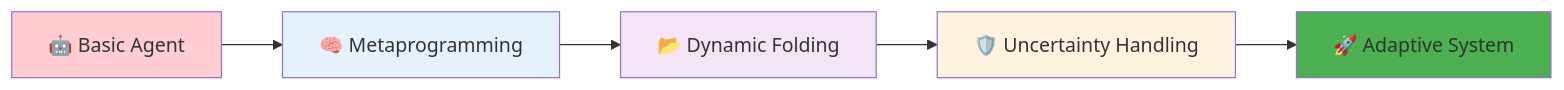
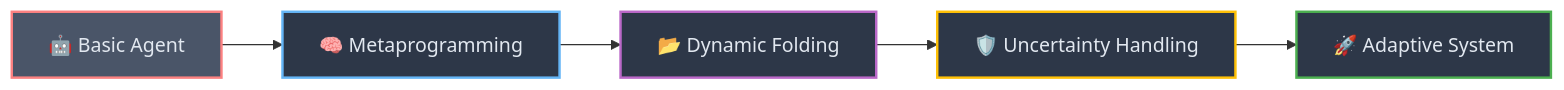
Before and after one commit to josemlopez/prompt_tutorial: the fifth of 5 diagrams in Part_II_Section_7_Advanced_Agentic_Prompting_Metaprogramming_and_Self-Correction.md, drawn with Mermaid. The commit also changed other lines of this file and 7 other files, not shown here.

````diff
--- a/Part_II_Section_7_Advanced_Agentic_Prompting_Metaprogramming_and_Self-Correction.md
+++ b/Part_II_Section_7_Advanced_Agentic_Prompting_Metaprogramming_and_Self-Correction.md
@@ -365,13 +381,13 @@
 ```mermaid
 graph LR
-    A[🤖 Basic Agent] --> B[🧠 Metaprogramming]
-    B --> C[📂 Dynamic Folding]
-    C --> D[🛡️ Uncertainty Handling]
-    D --> E[🚀 Adaptive System]
-    
-    style A fill:#ffcdd2
-    style B fill:#e3f2fd
-    style C fill:#f3e5f5
-    style D fill:#fff3e0
-    style E fill:#4caf50
+   A[🤖 Basic Agent] --> B[🧠 Metaprogramming]
+   B --> C[📂 Dynamic Folding]
+   C --> D[🛡️ Uncertainty Handling]
+   D --> E[🚀 Adaptive System]
+   
+   style A fill:#4a5568,stroke:#fc8181,stroke-width:2px,color:#e2e8f0
+   style B fill:#2d3748,stroke:#64b5f6,stroke-width:2px,color:#e2e8f0
+   style C fill:#2d3748,stroke:#ba68c8,stroke-width:2px,color:#e2e8f0
+   style D fill:#2d3748,stroke:#ffc107,stroke-width:2px,color:#e2e8f0
+   style E fill:#2d3748,stroke:#4caf50,stroke-width:2px,color:#e2e8f0
 ```
````
